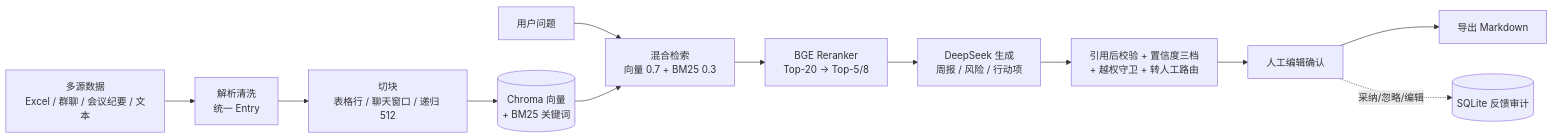
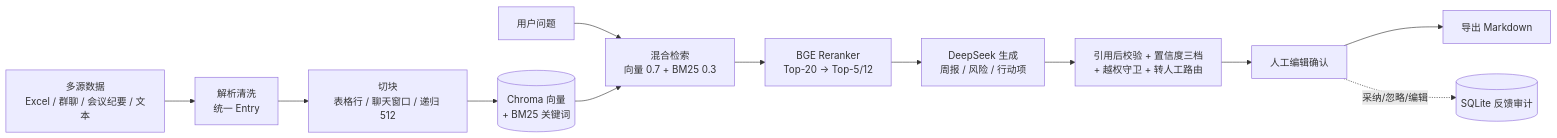
One commit to XYG522/-filmops-copilot changed the diagram in README.md. Above: the diagram before and after it, drawn with Mermaid. The commit also changed 3 other files, not shown here.

Commit message:
文档口径校对: Top-12扩窗与38条单测全面同步、G11缓存口径更新、README架构图修正

````diff
--- a/README.md
+++ b/README.md
@@ -41,14 +41,14 @@
 ```mermaid
 flowchart LR
     A[多源数据<br/>Excel / 群聊 / 会议纪要 / 文本] --> B[解析清洗<br/>统一 Entry]
     B --> C[切块<br/>表格行 / 聊天窗口 / 递归 512]
     C --> D[(Chroma 向量<br/>+ BM25 关键词)]
     Q[用户问题] --> R[混合检索<br/>向量 0.7 + BM25 0.3]
     D --> R
-    R --> E[BGE Reranker<br/>Top-20 → Top-5/8]
+    R --> E[BGE Reranker<br/>Top-20 → Top-5/12]
     E --> G[DeepSeek 生成<br/>周报 / 风险 / 行动项]
     G --> V[引用后校验 + 置信度三档<br/>+ 越权守卫 + 转人工路由]
     V --> H[人工编辑确认]
     H --> O[导出 Markdown]
     H -.采纳/忽略/编辑.-> F[(SQLite 反馈审计)]
 ```
````
